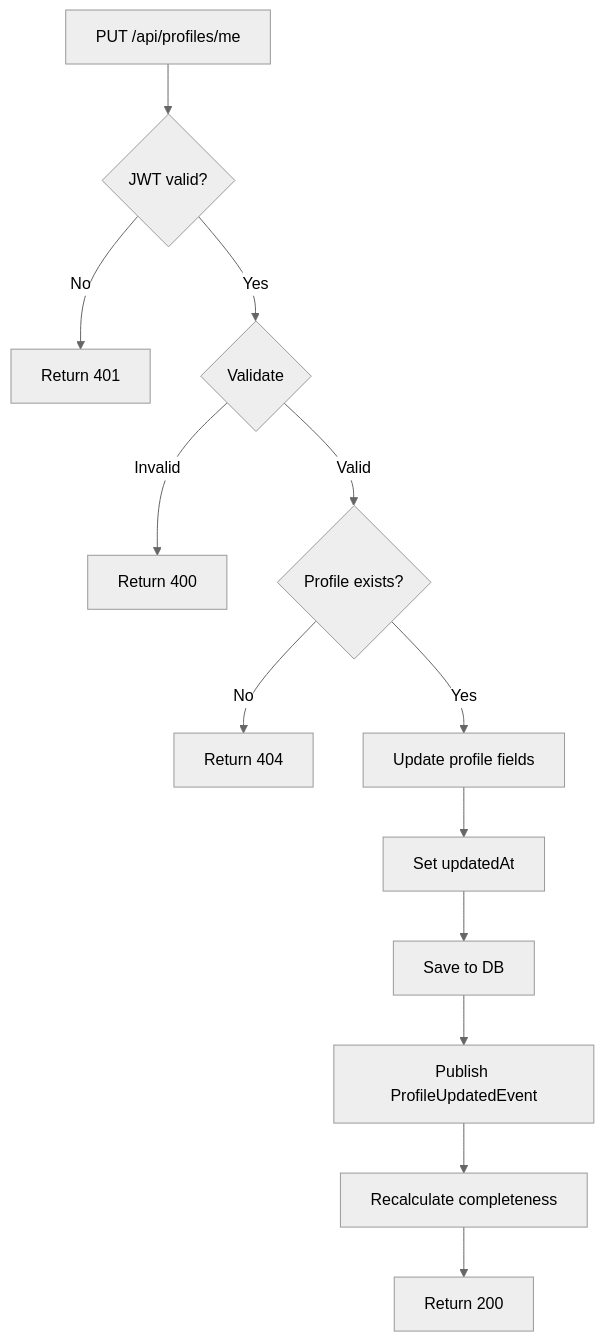
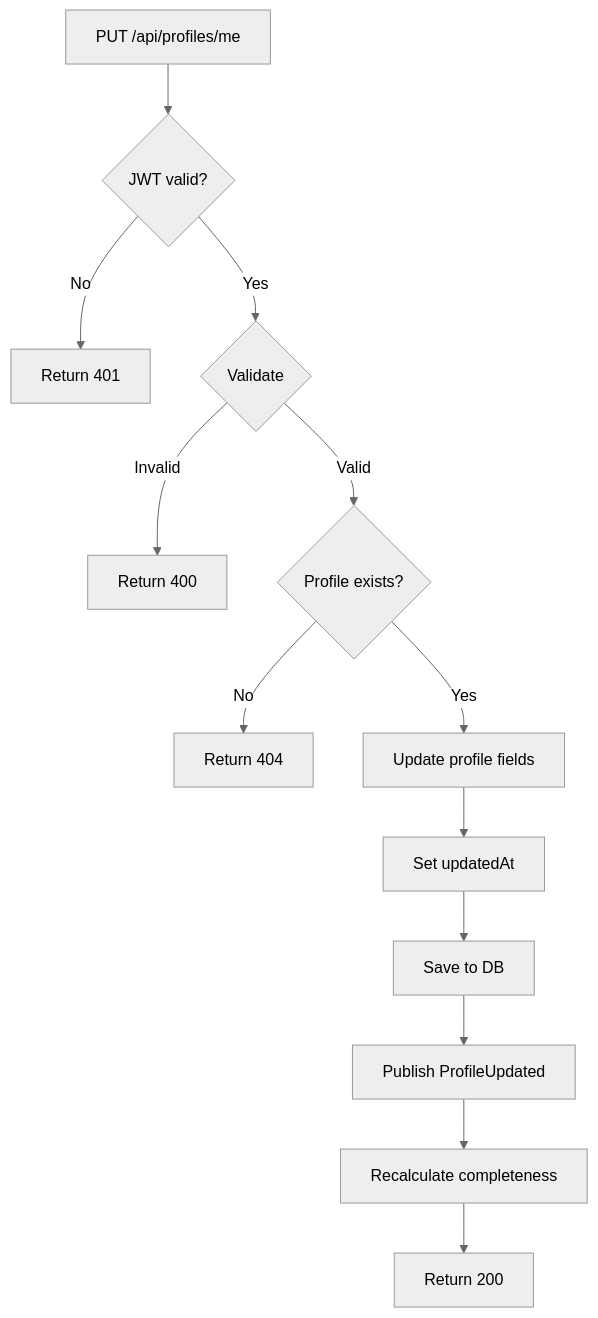
The second of 2 diagrams in docs/features/profile/update-profile.md (AbanoubPhelopos/TailorCV), drawn with Mermaid (neutral theme) before and after one commit. The commit also changed other lines of this file and 189 other files, not shown here.

````diff
--- a/docs/features/profile/update-profile.md
+++ b/docs/features/profile/update-profile.md
@@ -163,15 +163,15 @@
 ```mermaid
 flowchart TD
     A[PUT /api/profiles/me] --> B{JWT valid?}
     B -->|No| C[Return 401]
     B -->|Yes| D{Validate}
     D -->|Invalid| E[Return 400]
     D -->|Valid| F{Profile exists?}
     F -->|No| G[Return 404]
     F -->|Yes| H[Update profile fields]
     H --> I[Set updatedAt]
     I --> J[Save to DB]
-    J --> K[Publish ProfileUpdatedEvent]
+    J --> K[Publish ProfileUpdated]
     K --> L[Recalculate completeness]
     L --> M[Return 200]
 ```
````
